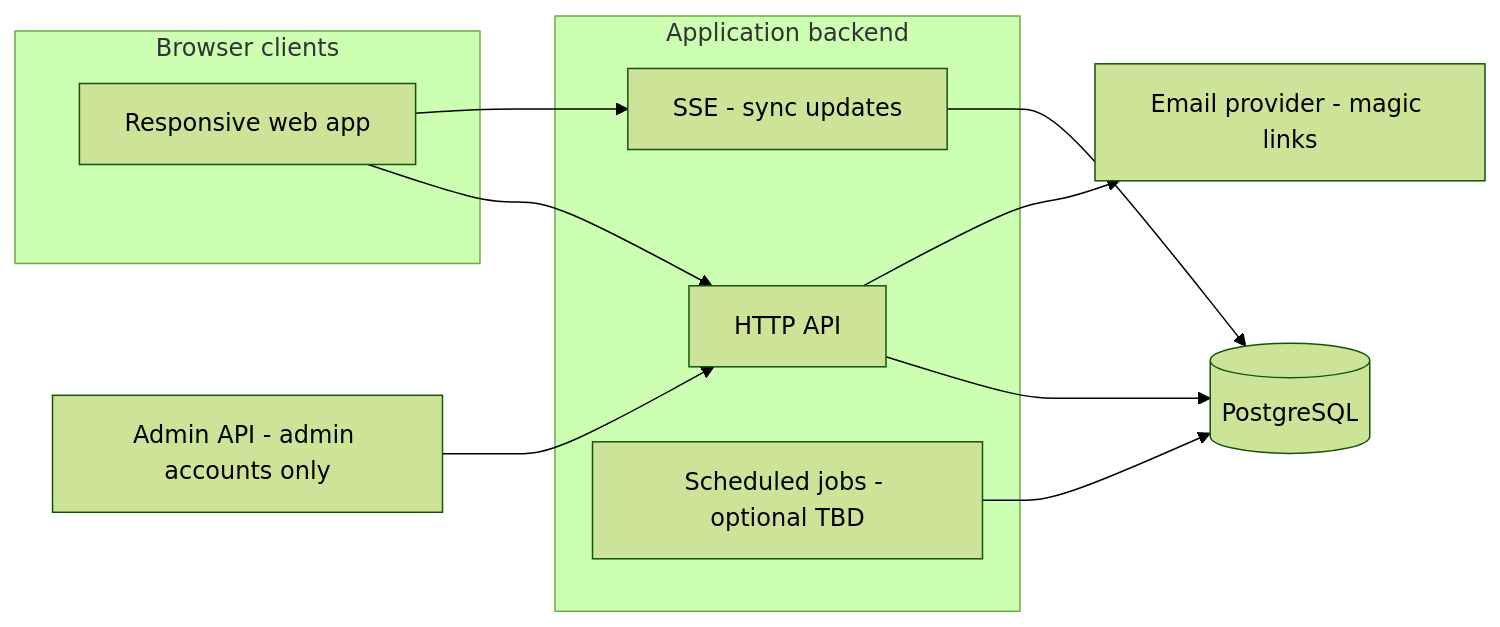
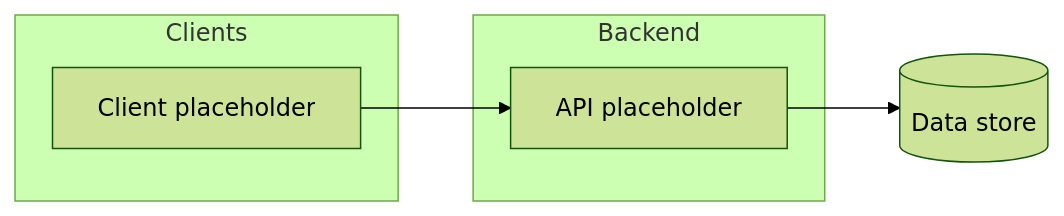
One commit to KenLevy110/Memories changed the diagram in docs/templates/technical-design-template.md. Above: the diagram before and after it, drawn with Mermaid (forest theme). The commit also changed other lines of this file and 32 other files, not shown here.

````diff
--- a/docs/templates/technical-design-template.md
+++ b/docs/templates/technical-design-template.md
@@ -44,22 +54,12 @@
 ```mermaid
 flowchart LR
-  subgraph clients [Browser clients]
-    Web[Responsive web app]
+  subgraph clients [Clients]
+    C[Client placeholder]
   end
-  subgraph backend [Application backend]
-    API[HTTP API]
-    RT[SSE - sync updates]
-    Jobs[Scheduled jobs - optional TBD]
+  subgraph backend [Backend]
+    API[API placeholder]
   end
-  DB[(PostgreSQL)]
-  Mail[Email provider - magic links]
-  Support[Admin API - admin accounts only]
-
-  Web --> API
-  Web --> RT
+  DB[(Data store)]
+  C --> API
   API --> DB
-  RT --> DB
-  Jobs --> DB
-  API --> Mail
-  Support --> API
 ```
````
